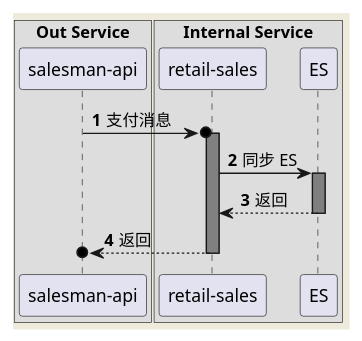
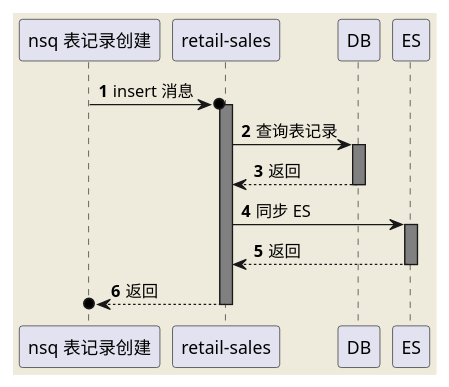
One commit to xauvlove/todo changed the diagram in src/main/resources/plants/导购/业绩明细接入ES/ES新增逻辑.puml. Above: the diagram before and after it, drawn with PlantUML. The commit also changed 5 other files, not shown here.

```diff
--- a/src/main/resources/plants/导购/业绩明细接入ES/ES新增逻辑.puml
+++ b/src/main/resources/plants/导购/业绩明细接入ES/ES新增逻辑.puml
@@ -1,27 +1,23 @@
 @startuml
 'https://plantuml.com/sequence-diagram
 skinparam backgroundColor #EEEBDC
 skinparam sequence {
     LifeLineBackgroundColor grey
 }
 
 autonumber
+autoActivate on
 
-box "Out Service"
-participant "salesman-api" as salesman
-end box
+participant "nsq 表记录创建" as insert
+participant "retail-sales" as sales
+participant "DB" as db
+participant "ES" as es
 
-box "Internal Service"
-participant "retail-sales" as sales
-participant "ES" as es
-end box
-
-salesman ->o sales : 支付消息
-activate sales
-
+insert ->o sales : insert 消息
+sales -> db : 查询表记录
+return 返回
 sales -> es : 同步 ES
-activate es
 return 返回
 return 返回
 
 @enduml
```
